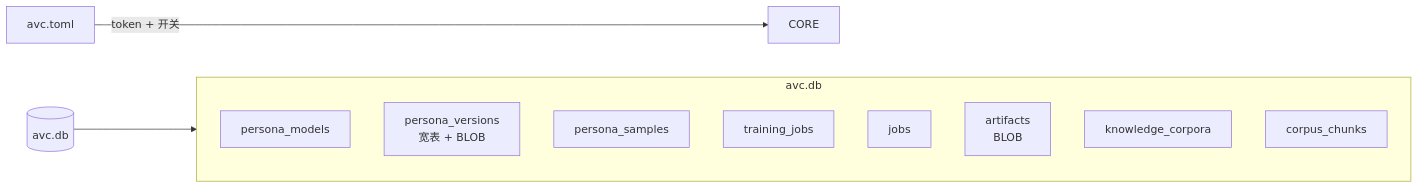
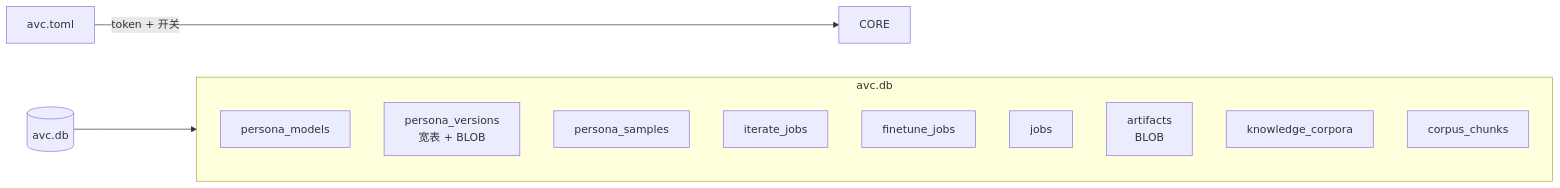
Before and after one commit to growdu/avcore: the third of 3 diagrams in docs/architecture.md, drawn with Mermaid. The commit also changed other lines of this file and 10 other files, not shown here.

````diff
--- a/docs/architecture.md
+++ b/docs/architecture.md
@@ -87,15 +91,16 @@
 ```mermaid
 graph LR
     CFG[avc.toml] -->|token + 开关| CORE
     DB[(avc.db)] --> ST
     subgraph ST[avc.db]
       PM[persona_models]
       PV[persona_versions<br/>宽表 + BLOB]
       PS[persona_samples]
-      TJ[training_jobs]
+      IJ[iterate_jobs]
+      FJ[finetune_jobs]
       JC[jobs]
       AR[artifacts<br/>BLOB]
       CR[knowledge_corpora]
       CK[corpus_chunks]
     end
 ```
````
